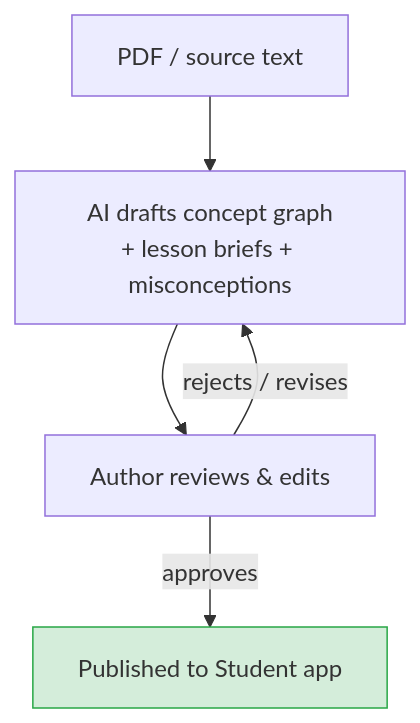
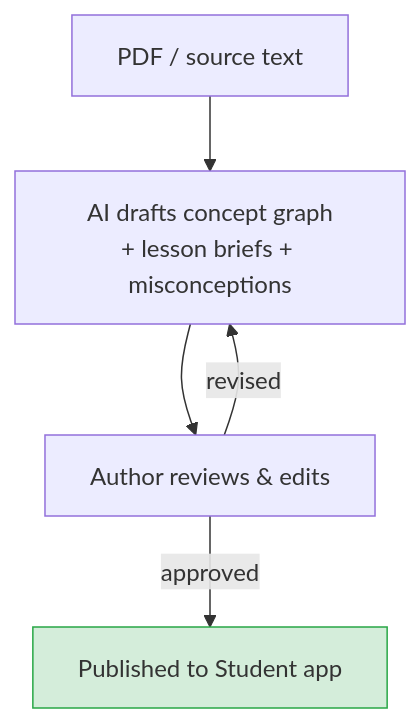
One commit to stemolly/wiki changed the third of 3 diagrams in src/content/docs/pedagogy/teaching.md. Above: the diagram before and after it, drawn with Mermaid. The commit also changed other lines of this file and 51 other files, not shown here.

````diff
--- a/src/content/docs/pedagogy/teaching.md
+++ b/src/content/docs/pedagogy/teaching.md
@@ -142,9 +125,8 @@
 ```mermaid
 flowchart TD
     PDF["PDF / source text"] --> AI["AI drafts concept graph<br/>+ lesson briefs + misconceptions"]
-    AI --> Author["Author reviews & edits"]
-    Author -->|"approves"| Published["Published to Student app"]
-    Author -->|"rejects / revises"| AI
-
-    style Published fill:#d4edda,stroke:#28a745
+    AI --> Review["Author reviews & edits"]
+    Review -->|"approved"| Live["Published to Student app"]
+    Review -->|"revised"| AI
+    style Live fill:#d4edda,stroke:#28a745
 ```
````
